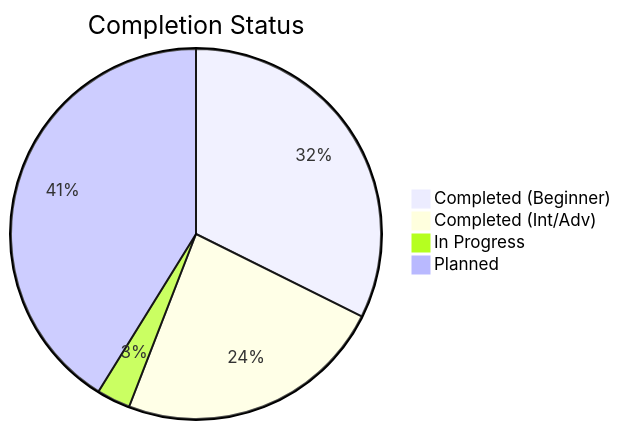
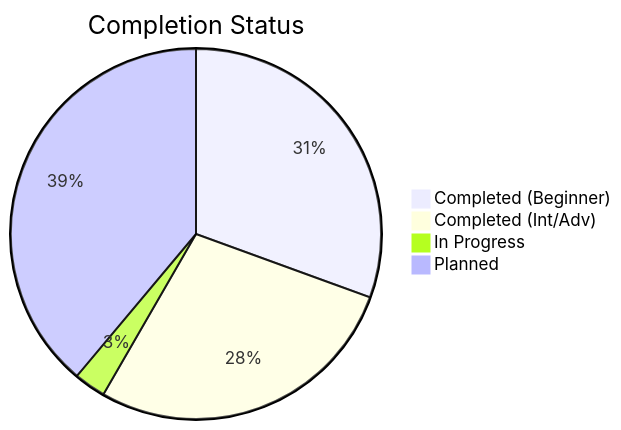
The third of 3 diagrams in 1-Beginner/02-Phase-2/01-Automation/AUTOMATION_MASTER_INDEX.md (Ganil151/Devops), drawn with Mermaid before and after one commit. The commit also changed other lines of this file and 3 other files, not shown here.

````diff
--- a/1-Beginner/02-Phase-2/01-Automation/AUTOMATION_MASTER_INDEX.md
+++ b/1-Beginner/02-Phase-2/01-Automation/AUTOMATION_MASTER_INDEX.md
@@ -707,7 +735,7 @@
 ```mermaid
 pie title Completion Status
     "Completed (Beginner)" : 11
-    "Completed (Int/Adv)" : 8
+    "Completed (Int/Adv)" : 10
     "In Progress" : 1
     "Planned" : 14
 ```
````
